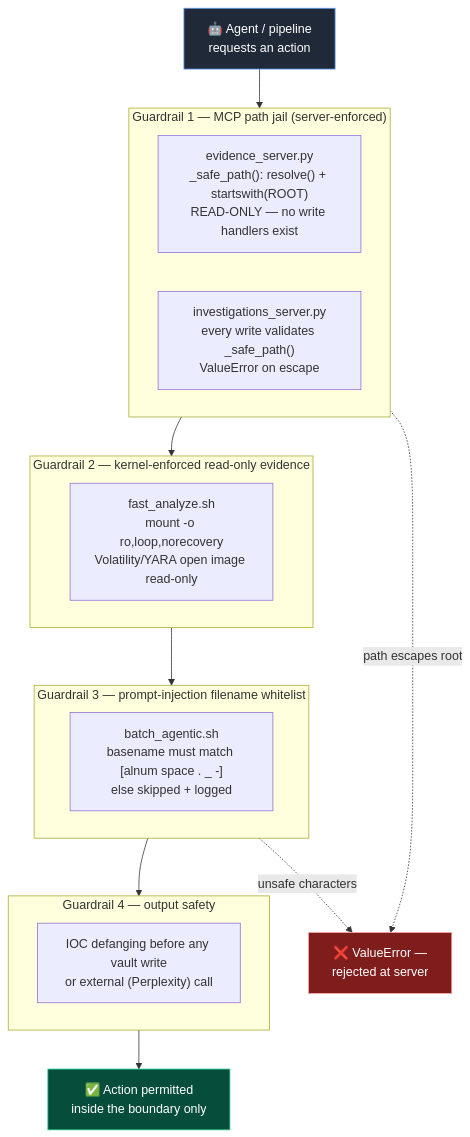
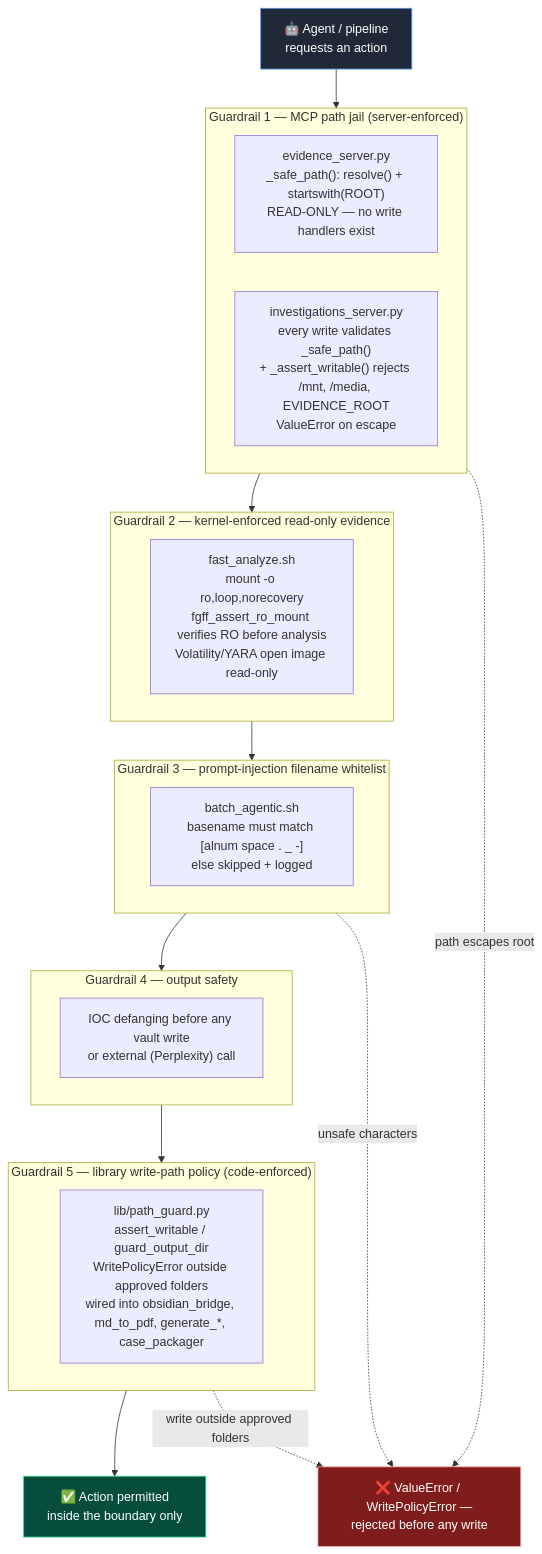
Before and after one commit to vriesrichardde/FanGetFameFast: the fifth of 9 diagrams in docs/ARCHITECTURE_DIAGRAM.md, drawn with Mermaid. The commit also changed other lines of this file and 26 other files, not shown here.

Commit message:
Ensure the solution only writes to folders where it is allowed to write. Adding safeguards to prevent writing files elsewhere.

````diff
--- a/docs/ARCHITECTURE_DIAGRAM.md
+++ b/docs/ARCHITECTURE_DIAGRAM.md
@@ -243,30 +243,35 @@
 ```mermaid
 flowchart TB
     AGENT["🤖 Agent / pipeline<br/>requests an action"]:::agent
 
     subgraph G1["Guardrail 1 — MCP path jail (server-enforced)"]
         EV["evidence_server.py<br/>_safe_path(): resolve() + startswith(ROOT)<br/>READ-ONLY — no write handlers exist"]
-        INV["investigations_server.py<br/>every write validates _safe_path()<br/>ValueError on escape"]
+        INV["investigations_server.py<br/>every write validates _safe_path()<br/>+ _assert_writable() rejects /mnt, /media, EVIDENCE_ROOT<br/>ValueError on escape"]
     end
 
     subgraph G2["Guardrail 2 — kernel-enforced read-only evidence"]
-        MNT["fast_analyze.sh<br/>mount -o ro,loop,norecovery<br/>Volatility/YARA open image read-only"]
+        MNT["fast_analyze.sh<br/>mount -o ro,loop,norecovery<br/>fgff_assert_ro_mount verifies RO before analysis<br/>Volatility/YARA open image read-only"]
     end
 
     subgraph G3["Guardrail 3 — prompt-injection filename whitelist"]
         FN["batch_agentic.sh<br/>basename must match [alnum space . _ -]<br/>else skipped + logged"]
     end
 
     subgraph G4["Guardrail 4 — output safety"]
         DF["IOC defanging before any vault write<br/>or external (Perplexity) call"]
     end
 
-    AGENT --> G1 --> G2 --> G3 --> G4 --> ALLOW["✅ Action permitted<br/>inside the boundary only"]:::ok
+    subgraph G5["Guardrail 5 — library write-path policy (code-enforced)"]
+        PG["lib/path_guard.py<br/>assert_writable / guard_output_dir<br/>WritePolicyError outside approved folders<br/>wired into obsidian_bridge, md_to_pdf, generate_*, case_packager"]
+    end
 
-    G1 -.->|"path escapes root"| DENY["❌ ValueError —<br/>rejected at server"]:::deny
+    AGENT --> G1 --> G2 --> G3 --> G4 --> G5 --> ALLOW["✅ Action permitted<br/>inside the boundary only"]:::ok
+
+    G1 -.->|"path escapes root"| DENY["❌ ValueError / WritePolicyError —<br/>rejected before any write"]:::deny
     G3 -.->|"unsafe characters"| DENY
+    G5 -.->|"write outside approved folders"| DENY
 
     classDef agent fill:#1f2937,stroke:#60a5fa,color:#fff
     classDef ok fill:#064e3b,stroke:#34d399,color:#fff
     classDef deny fill:#7f1d1d,stroke:#fca5a5,color:#fff
 ```
````
